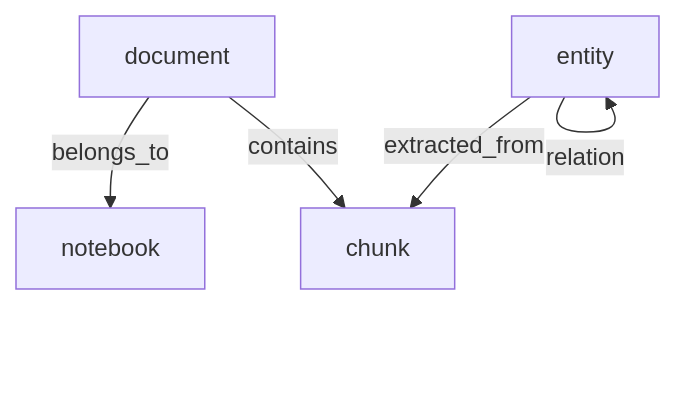
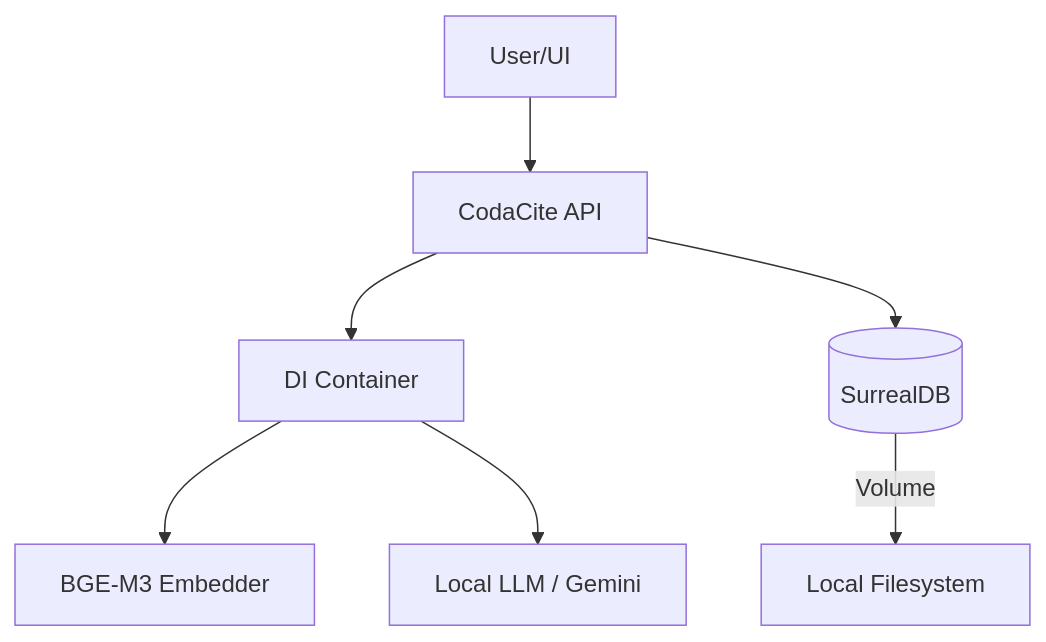
The diagram in docs/infrastructure.md (foersben/CodaCite), drawn with Mermaid before and after one commit. The commit also changed other lines of this file and 21 other files, not shown here.

````diff
--- a/docs/infrastructure.md
+++ b/docs/infrastructure.md
@@ -35,12 +58,9 @@
 ```mermaid
 graph TD
-    NB[notebook]
-    DOC[document]
-    CH[chunk]
-    ENT[entity]
-
-    DOC -- belongs_to --> NB
-    DOC -- contains --> CH
-    ENT -- extracted_from --> CH
-    ENT -- relation --> ENT
+    USER[User/UI] --> API[CodaCite API]
+    API --> DI[DI Container]
+    DI --> EMBED[BGE-M3 Embedder]
+    DI --> LLM[Local LLM / Gemini]
+    API --> DB[(SurrealDB)]
+    DB -- "Volume" --> DISK[Local Filesystem]
 ```
````
